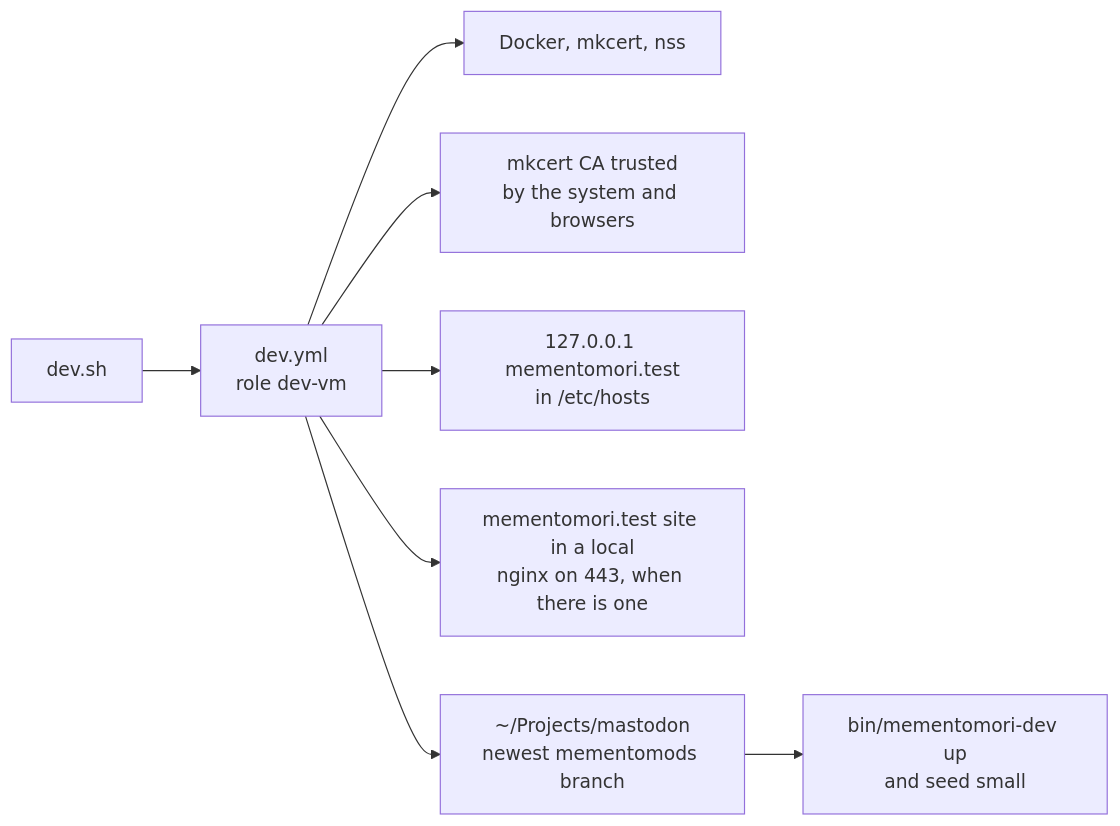
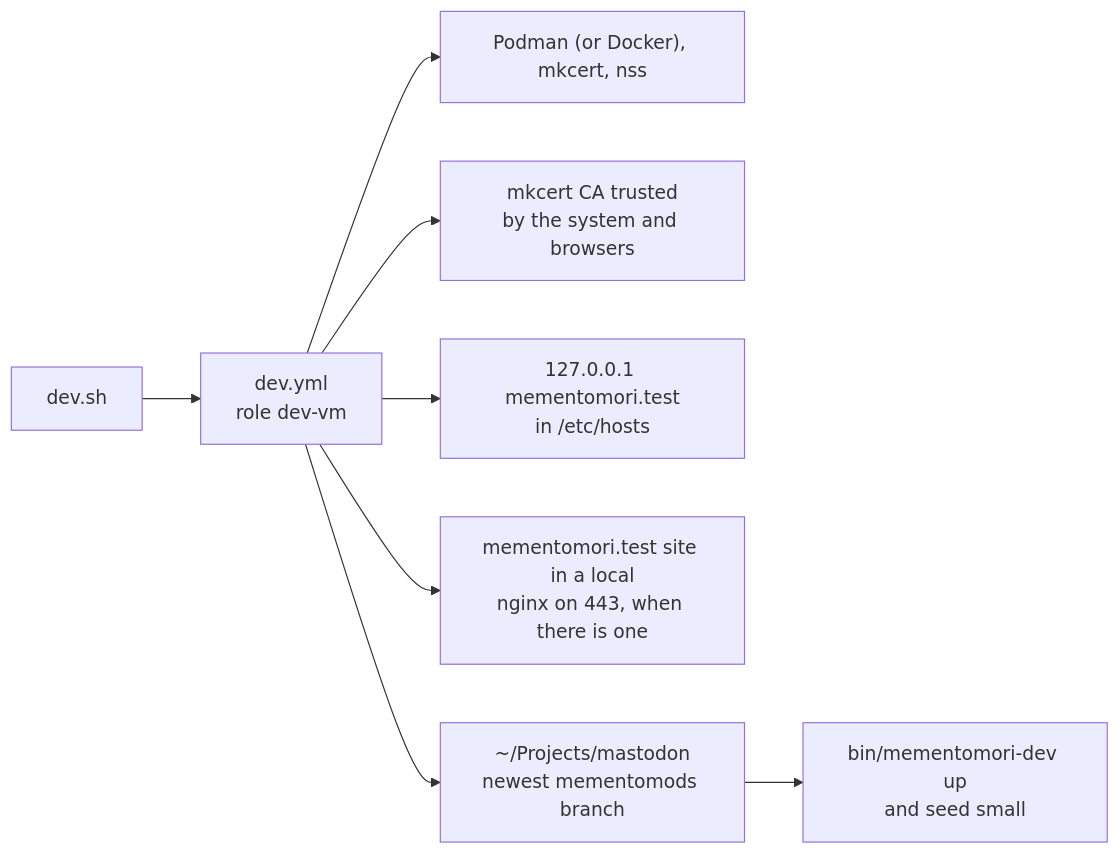
The diagram in README.md (mementomori-social/ansibles), drawn with Mermaid before and after one commit. The commit also changed other lines of this file and 12 other files, not shown here.

````diff
--- a/README.md
+++ b/README.md
@@ -122,10 +122,10 @@
 ```mermaid
 flowchart LR
   devsh["dev.sh"] --> playbook["dev.yml<br/>role dev-vm"]
-  playbook --> pkgs["Docker, mkcert, nss"]
+  playbook --> pkgs["Podman (or Docker), mkcert, nss"]
   playbook --> trust["mkcert CA trusted<br/>by the system and browsers"]
   playbook --> hosts["127.0.0.1 mementomori.test<br/>in /etc/hosts"]
   playbook --> nginx["mementomori.test site in a local<br/>nginx on 443, when there is one"]
   playbook --> clone["~/Projects/mastodon<br/>newest mementomods branch"]
   clone --> up["bin/mementomori-dev up<br/>and seed small"]
 ```
````
